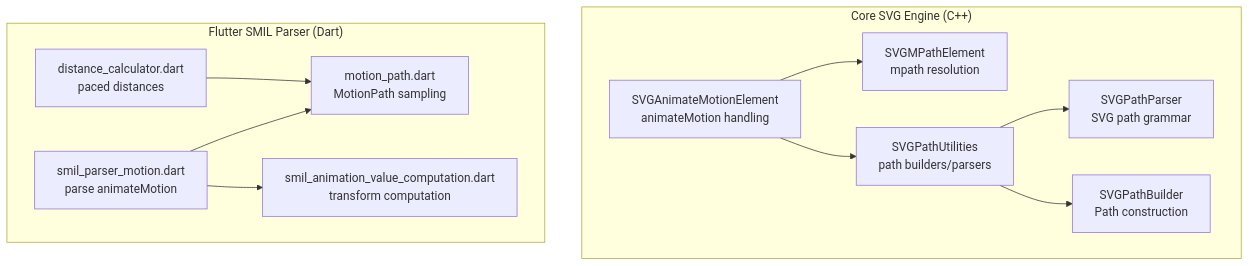
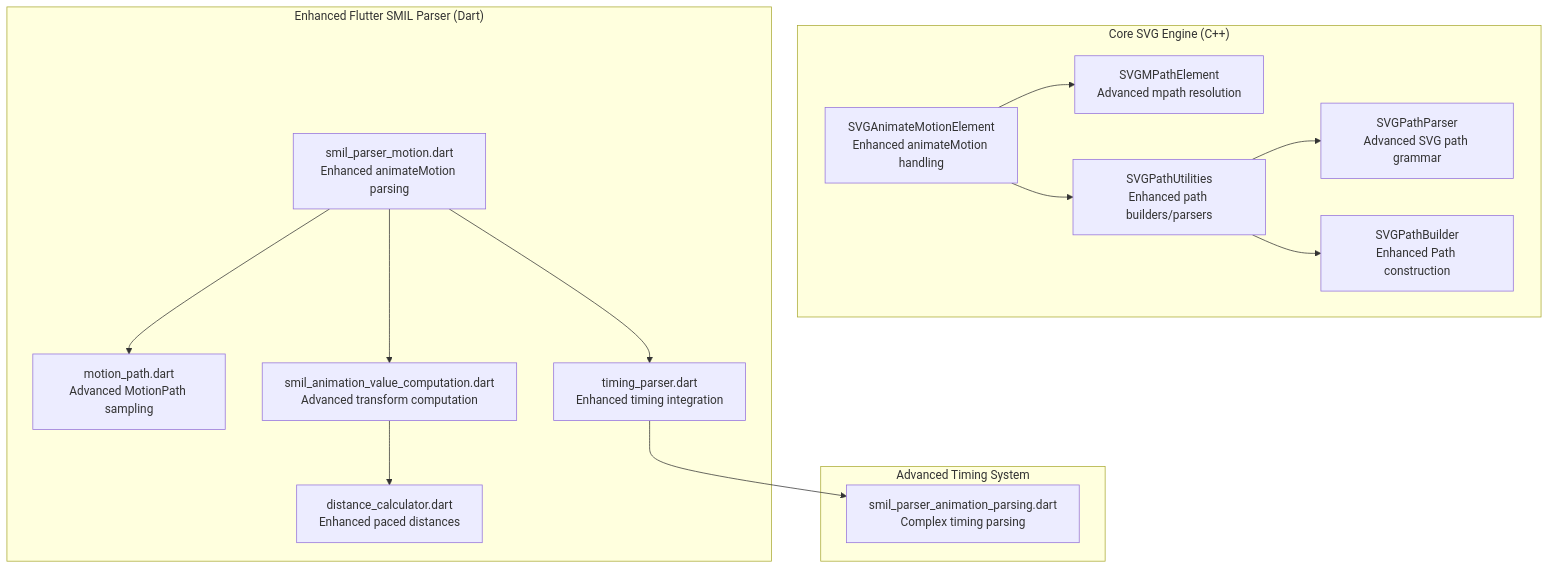
One commit to denisnadey/flutter_full_svg_support changed the first of 7 diagrams in .qoder/repowiki/en/content/Animated SVG Support/SMIL Animation Specification/SMIL Motion Animation.md. Above: the diagram before and after it, drawn with Mermaid. The commit also changed other lines of this file and 20 other files, not shown here.

First line of the commit message:
feat(svg): implement comprehensive event handling with pointer and gesture support

````diff
--- a/.qoder/repowiki/en/content/Animated SVG Support/SMIL Animation Specification/SMIL Motion Animation.md
+++ b/.qoder/repowiki/en/content/Animated SVG Support/SMIL Animation Specification/SMIL Motion Animation.md
@@ -56,23 +67,29 @@
 ```mermaid
 graph TB
 subgraph "Core SVG Engine (C++)"
-AME["SVGAnimateMotionElement<br/>animateMotion handling"]
-MP["SVGMPathElement<br/>mpath resolution"]
-PU["SVGPathUtilities<br/>path builders/parsers"]
-PP["SVGPathParser<br/>SVG path grammar"]
-PB["SVGPathBuilder<br/>Path construction"]
+AME["SVGAnimateMotionElement<br/>Enhanced animateMotion handling"]
+MP["SVGMPathElement<br/>Advanced mpath resolution"]
+PU["SVGPathUtilities<br/>Enhanced path builders/parsers"]
+PP["SVGPathParser<br/>Advanced SVG path grammar"]
+PB["SVGPathBuilder<br/>Enhanced Path construction"]
 end
-subgraph "Flutter SMIL Parser (Dart)"
-DParser["smil_parser_motion.dart<br/>parse animateMotion"]
-DPath["motion_path.dart<br/>MotionPath sampling"]
-DDist["distance_calculator.dart<br/>paced distances"]
-DComp["smil_animation_value_computation.dart<br/>transform computation"]
+subgraph "Enhanced Flutter SMIL Parser (Dart)"
+DParser["smil_parser_motion.dart<br/>Enhanced animateMotion parsing"]
+DPath["motion_path.dart<br/>Advanced MotionPath sampling"]
+DDist["distance_calculator.dart<br/>Enhanced paced distances"]
+DComp["smil_animation_value_computation.dart<br/>Advanced transform computation"]
+DTiming["timing_parser.dart<br/>Enhanced timing integration"]
+end
+subgraph "Advanced Timing System"
+STP["smil_parser_animation_parsing.dart<br/>Complex timing parsing"]
 end
 AME --> MP
 AME --> PU
 PU --> PP
 PU --> PB
 DParser --> DPath
 DParser --> DComp
-DDist --> DPath
+DParser --> DTiming
+DComp --> DDist
+DTiming --> STP
 ```
````
